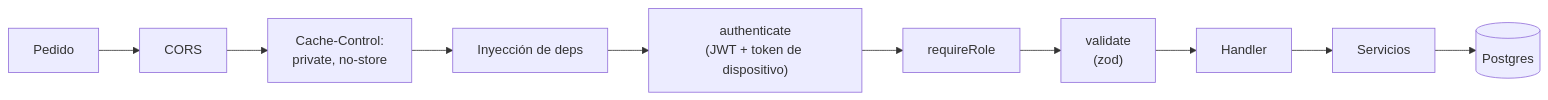
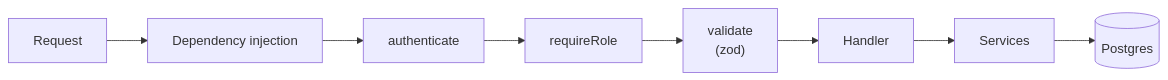
The second of 4 diagrams in README.md (Nicolasgh91/red-cuidarte), drawn with Mermaid before and after one commit. The commit also changed other lines of this file and 6 other files, not shown here.

````diff
--- a/README.md
+++ b/README.md
@@ -105,6 +99,6 @@
 ```mermaid
 flowchart LR
-  R[Pedido] --> CORS[CORS] --> NS["Cache-Control:<br/>private, no-store"] --> D[Inyección de deps]
-  D --> AU["authenticate<br/>(JWT + token de dispositivo)"] --> RR[requireRole] --> V["validate<br/>(zod)"] --> H[Handler]
-  H --> S[Servicios] --> DB[(Postgres)]
+  R[Request] --> D[Dependency injection]
+  D --> AU[authenticate] --> RR[requireRole] --> V["validate<br/>(zod)"] --> H[Handler]
+  H --> S[Services] --> DB[(Postgres)]
 ```
````
